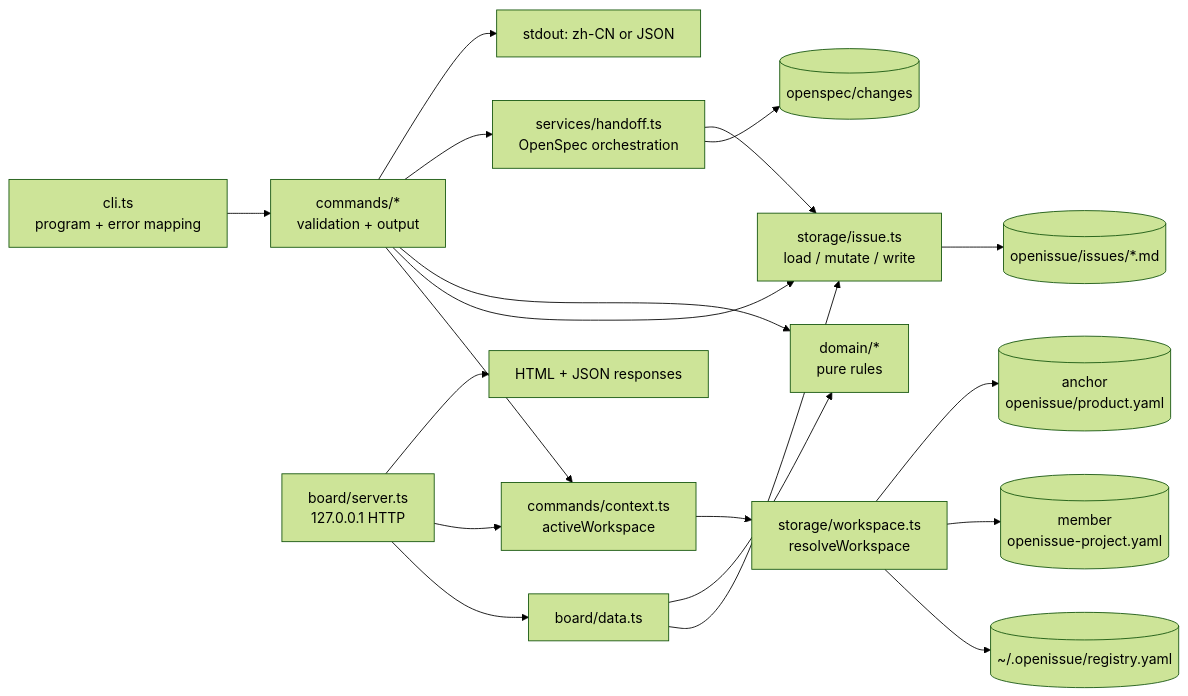
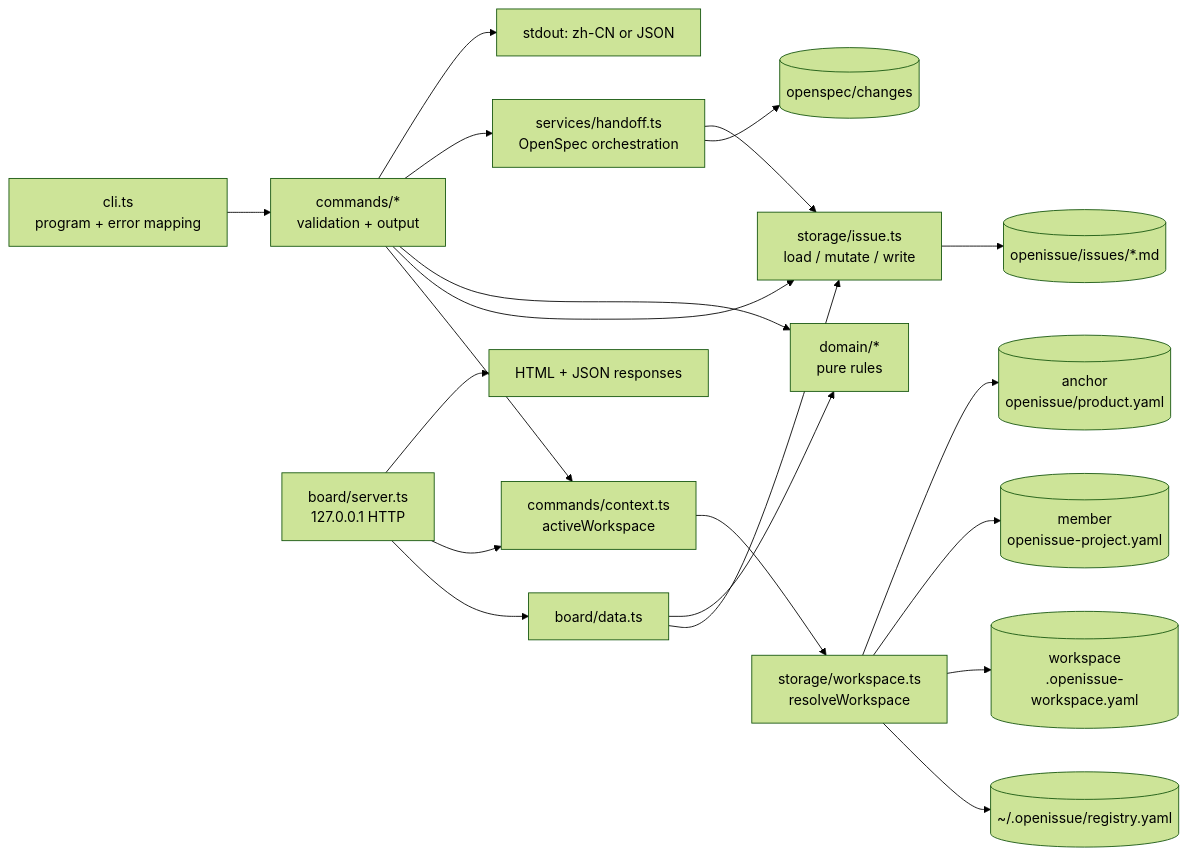
The diagram in AGENTS.md (7kbeat/OpenIssue), drawn with Mermaid (forest theme) before and after one commit. The commit also changed other lines of this file and 13 other files, not shown here.

````diff
--- a/AGENTS.md
+++ b/AGENTS.md
@@ -15,21 +15,22 @@
 ```mermaid
 flowchart LR
   CLI[cli.ts<br/>program + error mapping] --> CMD[commands/*<br/>validation + output]
   BOARD[board/server.ts<br/>127.0.0.1 HTTP] --> DATA[board/data.ts]
   CMD --> CTX[commands/context.ts<br/>activeWorkspace]
   BOARD --> CTX
   CTX --> WS[storage/workspace.ts<br/>resolveWorkspace]
   WS --> REG[(~/.openissue/registry.yaml)]
+  WS --> WSPTR[(workspace<br/>.openissue-workspace.yaml)]
   WS --> PTR[(member<br/>openissue-project.yaml)]
   WS --> PRD[(anchor<br/>openissue/product.yaml)]
   CMD --> ST[storage/issue.ts<br/>load / mutate / write]
   DATA --> ST
   ST --> FILES[(openissue/issues/*.md)]
   CMD --> DOM[domain/*<br/>pure rules]
   DATA --> DOM
   CMD --> SVC[services/handoff.ts<br/>OpenSpec orchestration]
   SVC --> OSPEC[(openspec/changes)]
   SVC --> ST
   CMD --> OUT[stdout: zh-CN or JSON]
   BOARD --> HTML[HTML + JSON responses]
 ```
````
